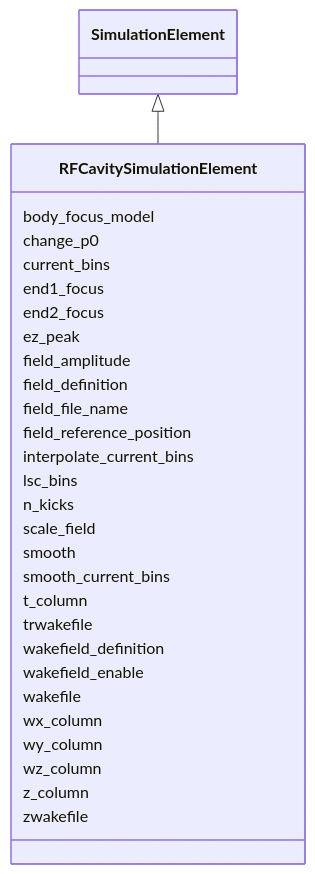
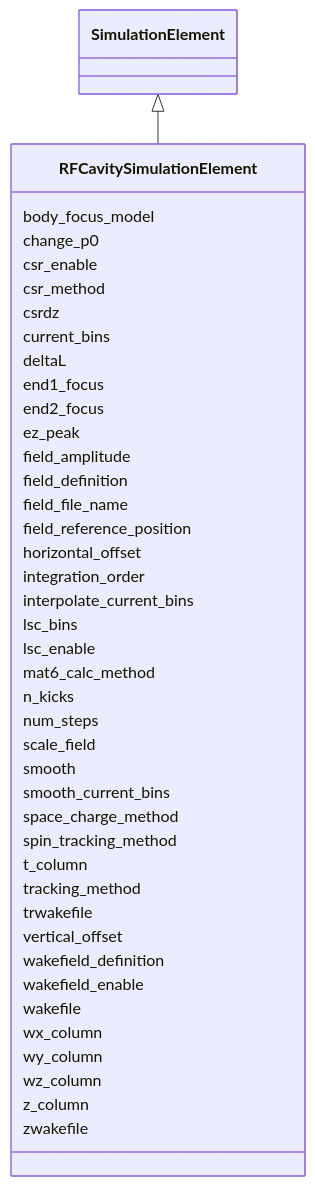
One commit to astec-stfc/laura changed the diagram in docs/source/schema/RFCavitySimulationElement.md. Above: the diagram before and after it, drawn with Mermaid. The commit also changed other lines of this file and 63 other files, not shown here.

Commit message:
updatedn schema to consolidate SimulationElement parameters that were shared among subclasses; implemented tracking methods for bmad

````diff
--- a/docs/source/schema/RFCavitySimulationElement.md
+++ b/docs/source/schema/RFCavitySimulationElement.md
@@ -21,58 +21,84 @@
     click RFCavitySimulationElement href "../RFCavitySimulationElement/"
       SimulationElement <|-- RFCavitySimulationElement
         click SimulationElement href "../SimulationElement/"
-      
+
       RFCavitySimulationElement : body_focus_model
-        
+
       RFCavitySimulationElement : change_p0
-        
+
+      RFCavitySimulationElement : csr_enable
+
+      RFCavitySimulationElement : csr_method
+
+      RFCavitySimulationElement : csrdz
+
       RFCavitySimulationElement : current_bins
-        
+
+      RFCavitySimulationElement : deltaL
+
       RFCavitySimulationElement : end1_focus
-        
+
       RFCavitySimulationElement : end2_focus
-        
+
       RFCavitySimulationElement : ez_peak
-        
+
       RFCavitySimulationElement : field_amplitude
-        
+
       RFCavitySimulationElement : field_definition
-        
+
       RFCavitySimulationElement : field_file_name
-        
+
       RFCavitySimulationElement : field_reference_position
-        
+
+      RFCavitySimulationElement : horizontal_offset
+
+      RFCavitySimulationElement : integration_order
+
       RFCavitySimulationElement : interpolate_current_bins
-        
+
       RFCavitySimulationElement : lsc_bins
-        
+
+      RFCavitySimulationElement : lsc_enable
+
+      RFCavitySimulationElement : mat6_calc_method
+
       RFCavitySimulationElement : n_kicks
-        
+
+      RFCavitySimulationElement : num_steps
+
       RFCavitySimulationElement : scale_field
-        
+
       RFCavitySimulationElement : smooth
-        
+
       RFCavitySimulationElement : smooth_current_bins
-        
+
+      RFCavitySimulationElement : space_charge_method
+
+      RFCavitySimulationElement : spin_tracking_method
+
       RFCavitySimulationElement : t_column
-        
+
+      RFCavitySimulationElement : tracking_method
+
       RFCavitySimulationElement : trwakefile
-        
+
+      RFCavitySimulationElement : vertical_offset
+
       RFCavitySimulationElement : wakefield_definition
-        
+
       RFCavitySimulationElement : wakefield_enable
-        
+
       RFCavitySimulationElement : wakefile
-        
+
       RFCavitySimulationElement : wx_column
-        
+
       RFCavitySimulationElement : wy_column
-        
+
       RFCavitySimulationElement : wz_column
-        
+
       RFCavitySimulationElement : z_column
-        
+
       RFCavitySimulationElement : zwakefile
-        
-      
+
+
 ```
````
